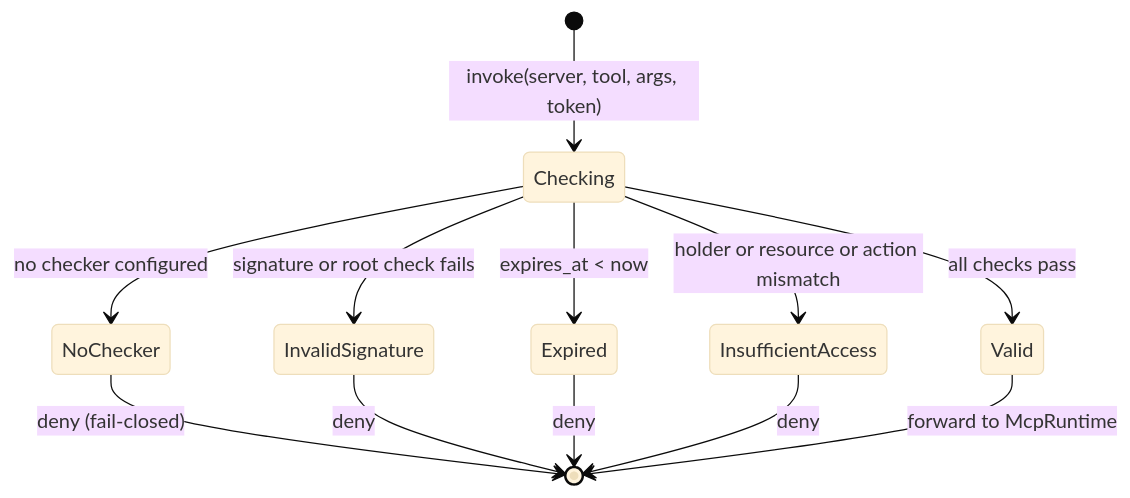
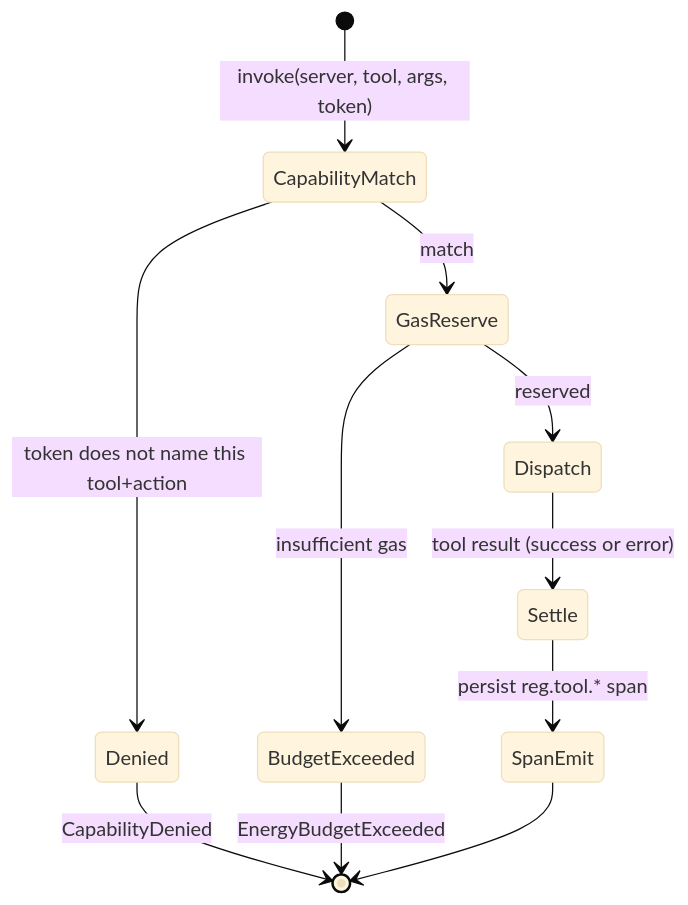
Before and after one commit to mdz-axo/zed-kask: the diagram in kask/docs/diataxis/hkask-capability/explanation.md, drawn with Mermaid (base theme). The commit also changed other lines of this file and 9 other files, not shown here.

````diff
--- a/kask/docs/diataxis/hkask-capability/explanation.md
+++ b/kask/docs/diataxis/hkask-capability/explanation.md
@@ -42,14 +49,13 @@
 ```mermaid
 stateDiagram-v2
-    [*] --> Checking: invoke(server, tool, args, token)
-    Checking --> NoChecker: no checker configured
-    Checking --> InvalidSignature: signature or root check fails
-    Checking --> Expired: expires_at < now
-    Checking --> InsufficientAccess: holder or resource or action mismatch
-    Checking --> Valid: all checks pass
-    NoChecker --> [*]: deny (fail-closed)
-    InvalidSignature --> [*]: deny
-    Expired --> [*]: deny
-    InsufficientAccess --> [*]: deny
-    Valid --> [*]: forward to McpRuntime
+    [*] --> CapabilityMatch: invoke(server, tool, args, token)
+    CapabilityMatch --> Denied: token does not name this tool+action
+    CapabilityMatch --> GasReserve: match
+    GasReserve --> BudgetExceeded: insufficient gas
+    GasReserve --> Dispatch: reserved
+    Dispatch --> Settle: tool result (success or error)
+    Settle --> SpanEmit: persist reg.tool.* span
+    SpanEmit --> [*]
+    Denied --> [*]: CapabilityDenied
+    BudgetExceeded --> [*]: EnergyBudgetExceeded
 ```
````
